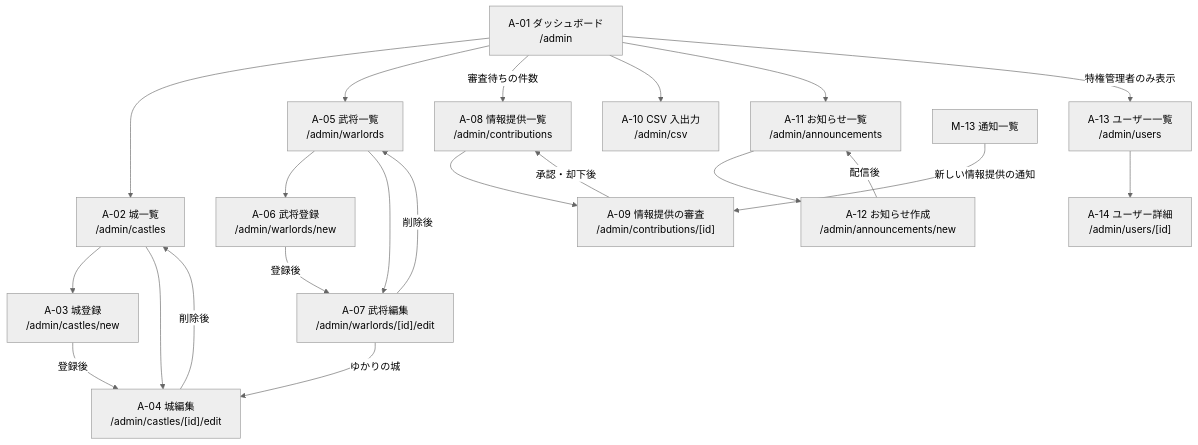
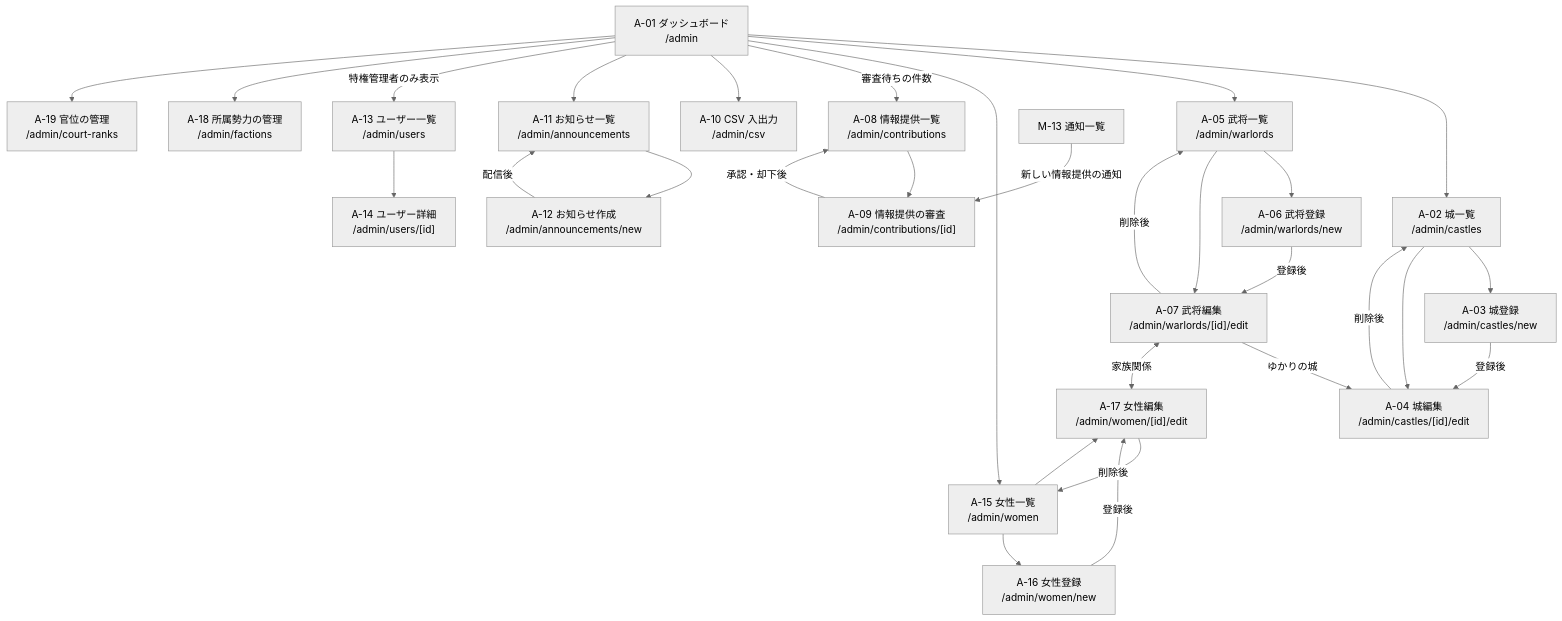
The fourth of 4 diagrams in docs/design/screens.md (mtgit12/joushou), drawn with Mermaid (neutral theme) before and after one commit. The commit also changed other lines of this file and 6 other files, not shown here.

````diff
--- a/docs/design/screens.md
+++ b/docs/design/screens.md
@@ -285,40 +301,53 @@
 ```mermaid
 flowchart TD
     A01["A-01 ダッシュボード<br/>/admin"]
     A02["A-02 城一覧<br/>/admin/castles"]
     A03["A-03 城登録<br/>/admin/castles/new"]
     A04["A-04 城編集<br/>/admin/castles/[id]/edit"]
     A05["A-05 武将一覧<br/>/admin/warlords"]
     A06["A-06 武将登録<br/>/admin/warlords/new"]
     A07["A-07 武将編集<br/>/admin/warlords/[id]/edit"]
     A08["A-08 情報提供一覧<br/>/admin/contributions"]
     A09["A-09 情報提供の審査<br/>/admin/contributions/[id]"]
     A10["A-10 CSV 入出力<br/>/admin/csv"]
     A11["A-11 お知らせ一覧<br/>/admin/announcements"]
     A12["A-12 お知らせ作成<br/>/admin/announcements/new"]
     A13["A-13 ユーザー一覧<br/>/admin/users"]
+    A15["A-15 女性一覧<br/>/admin/women"]
+    A16["A-16 女性登録<br/>/admin/women/new"]
+    A17["A-17 女性編集<br/>/admin/women/[id]/edit"]
+    A18["A-18 所属勢力の管理<br/>/admin/factions"]
+    A19["A-19 官位の管理<br/>/admin/court-ranks"]
     A14["A-14 ユーザー詳細<br/>/admin/users/[id]"]
     M13["M-13 通知一覧"]
 
     A01 --> A02
     A01 --> A05
+    A01 --> A15
     A01 -->|審査待ちの件数| A08
     A01 --> A10
     A01 --> A11
     A01 -->|特権管理者のみ表示| A13
     A02 --> A03
     A02 --> A04
     A03 -->|登録後| A04
     A04 -->|削除後| A02
     A05 --> A06
     A05 --> A07
     A06 -->|登録後| A07
     A07 -->|削除後| A05
     A07 -->|ゆかりの城| A04
     A08 --> A09
     A09 -->|承認・却下後| A08
     A11 --> A12
     A12 -->|配信後| A11
     A13 --> A14
+    A15 --> A16
+    A15 --> A17
+    A16 -->|登録後| A17
+    A17 -->|削除後| A15
+    A07 <-->|家族関係| A17
+    A01 --> A18
+    A01 --> A19
     M13 -->|新しい情報提供の通知| A09
 ```
````
